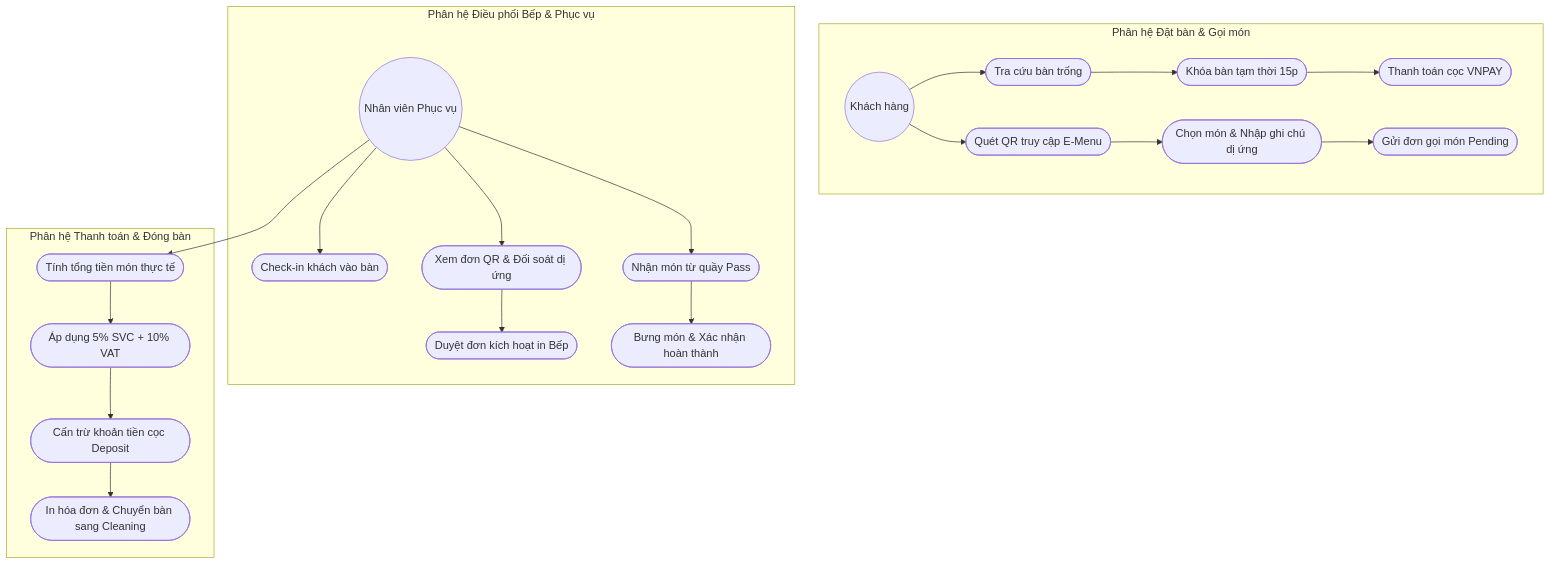
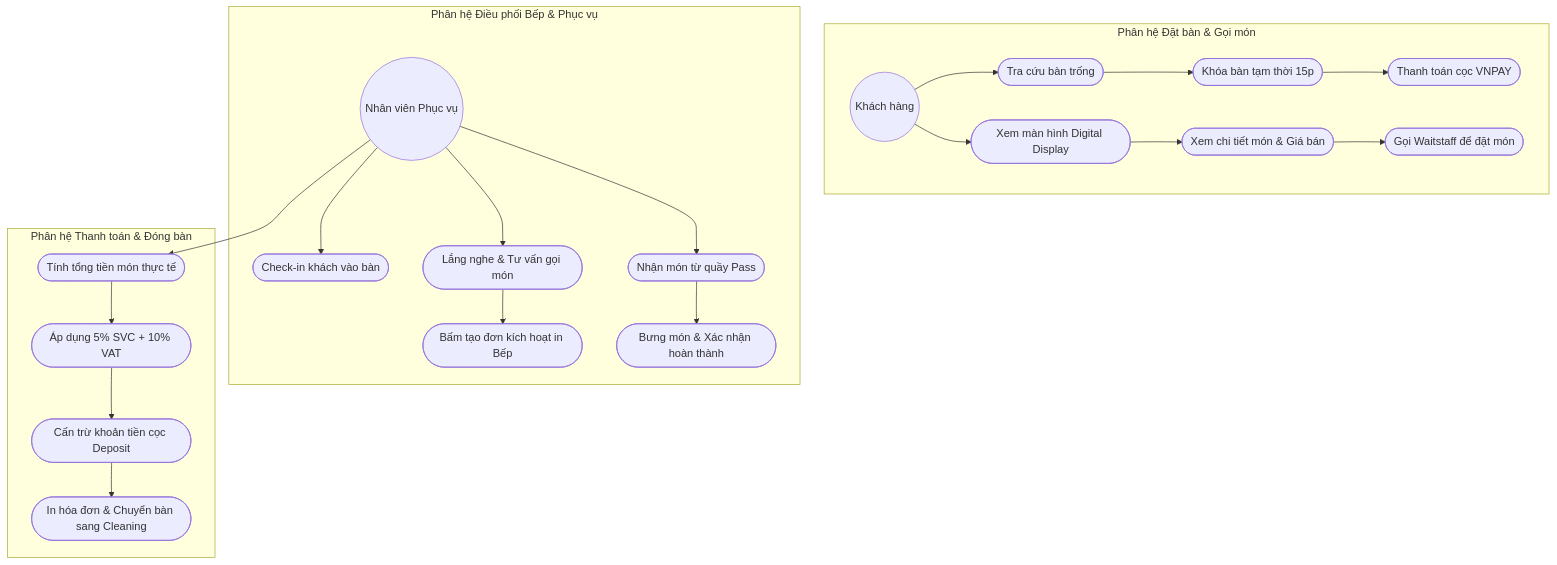
The second of 10 diagrams in docs/phase1/03_BAO_CAO_PHAN_TICH.md (AndrewQng/VinDining), drawn with Mermaid before and after one commit. The commit also changed other lines of this file and 3 other files, not shown here.

````diff
--- a/docs/phase1/03_BAO_CAO_PHAN_TICH.md
+++ b/docs/phase1/03_BAO_CAO_PHAN_TICH.md
@@ -105,46 +118,46 @@
 ```mermaid
 graph TD
     subgraph "Phân hệ Đặt bàn & Gọi món"
         G(("Khách hàng"))
         UC1_1(["Tra cứu bàn trống"])
         UC1_2(["Khóa bàn tạm thời 15p"])
         UC1_3(["Thanh toán cọc VNPAY"])
-        UC2_1(["Quét QR truy cập E-Menu"])
-        UC2_2(["Chọn món & Nhập ghi chú dị ứng"])
-        UC2_3(["Gửi đơn gọi món Pending"])
+        UC2_1(["Xem màn hình Digital Display"])
+        UC2_2(["Xem chi tiết món & Giá bán"])
+        UC2_3(["Gọi Waitstaff để đặt món"])
     end
 
     G --> UC1_1
     UC1_1 --> UC1_2
     UC1_2 --> UC1_3
     G --> UC2_1
     UC2_1 --> UC2_2
     UC2_2 --> UC2_3
 
     subgraph "Phân hệ Điều phối Bếp & Phục vụ"
         W(("Nhân viên Phục vụ"))
         UC3_1(["Check-in khách vào bàn"])
-        UC3_2(["Xem đơn QR & Đối soát dị ứng"])
-        UC3_3(["Duyệt đơn kích hoạt in Bếp"])
+        UC3_2(["Lắng nghe & Tư vấn gọi món"])
+        UC3_3(["Bấm tạo đơn kích hoạt in Bếp"])
         UC4_1(["Nhận món từ quầy Pass"])
         UC4_2(["Bưng món & Xác nhận hoàn thành"])
     end
 
     W --> UC3_1
     W --> UC3_2
     UC3_2 --> UC3_3
     W --> UC4_1
     UC4_1 --> UC4_2
 
     subgraph "Phân hệ Thanh toán & Đóng bàn"
         UC5_1(["Tính tổng tiền món thực tế"])
         UC5_2(["Áp dụng 5% SVC + 10% VAT"])
         UC5_3(["Cấn trừ khoản tiền cọc Deposit"])
         UC5_4(["In hóa đơn & Chuyển bàn sang Cleaning"])
     end
 
     W --> UC5_1
     UC5_1 --> UC5_2
     UC5_2 --> UC5_3
     UC5_3 --> UC5_4
 ```
````
